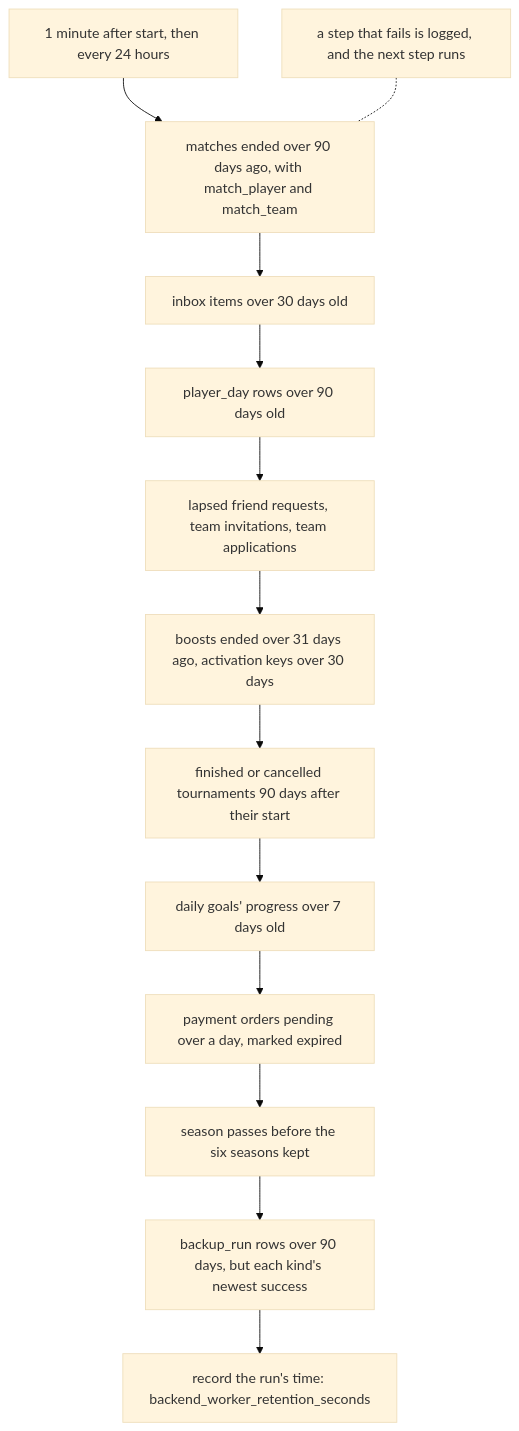
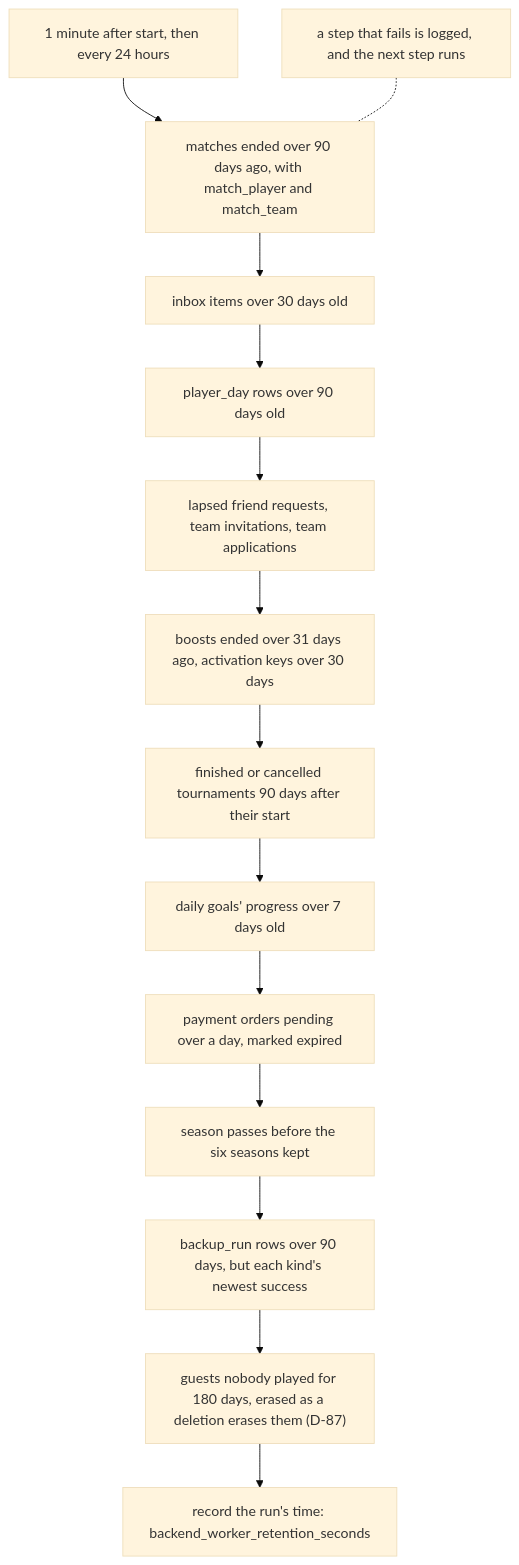
The seventh of 10 diagrams in docs/diagrams/05-data-and-worker.md (greensoft-atom/depio-simulation-platform), drawn with Mermaid (base theme) before and after one commit. The commit also changed 24 other files, not shown here.

````diff
--- a/docs/diagrams/05-data-and-worker.md
+++ b/docs/diagrams/05-data-and-worker.md
@@ -520,18 +520,19 @@
 ```mermaid
 flowchart TD
     S["1 minute after start, then every 24 hours"]
     R1["matches ended over 90 days ago, with match_player and match_team"]
     R2["inbox items over 30 days old"]
     R3["player_day rows over 90 days old"]
     R4["lapsed friend requests, team invitations, team applications"]
     R5["boosts ended over 31 days ago, activation keys over 30 days"]
     R6["finished or cancelled tournaments 90 days after their start"]
     R7["daily goals' progress over 7 days old"]
     R8["payment orders pending over a day, marked expired"]
     R9["season passes before the six seasons kept"]
     R10["backup_run rows over 90 days, but each kind's newest success"]
+    R11["guests nobody played for 180 days, erased as a deletion erases them (D-87)"]
     D["record the run's time: backend_worker_retention_seconds"]
     F["a step that fails is logged, and the next step runs"]
-    S --> R1 --> R2 --> R3 --> R4 --> R5 --> R6 --> R7 --> R8 --> R9 --> R10 --> D
+    S --> R1 --> R2 --> R3 --> R4 --> R5 --> R6 --> R7 --> R8 --> R9 --> R10 --> R11 --> D
     F -.- R1
 ```
````
